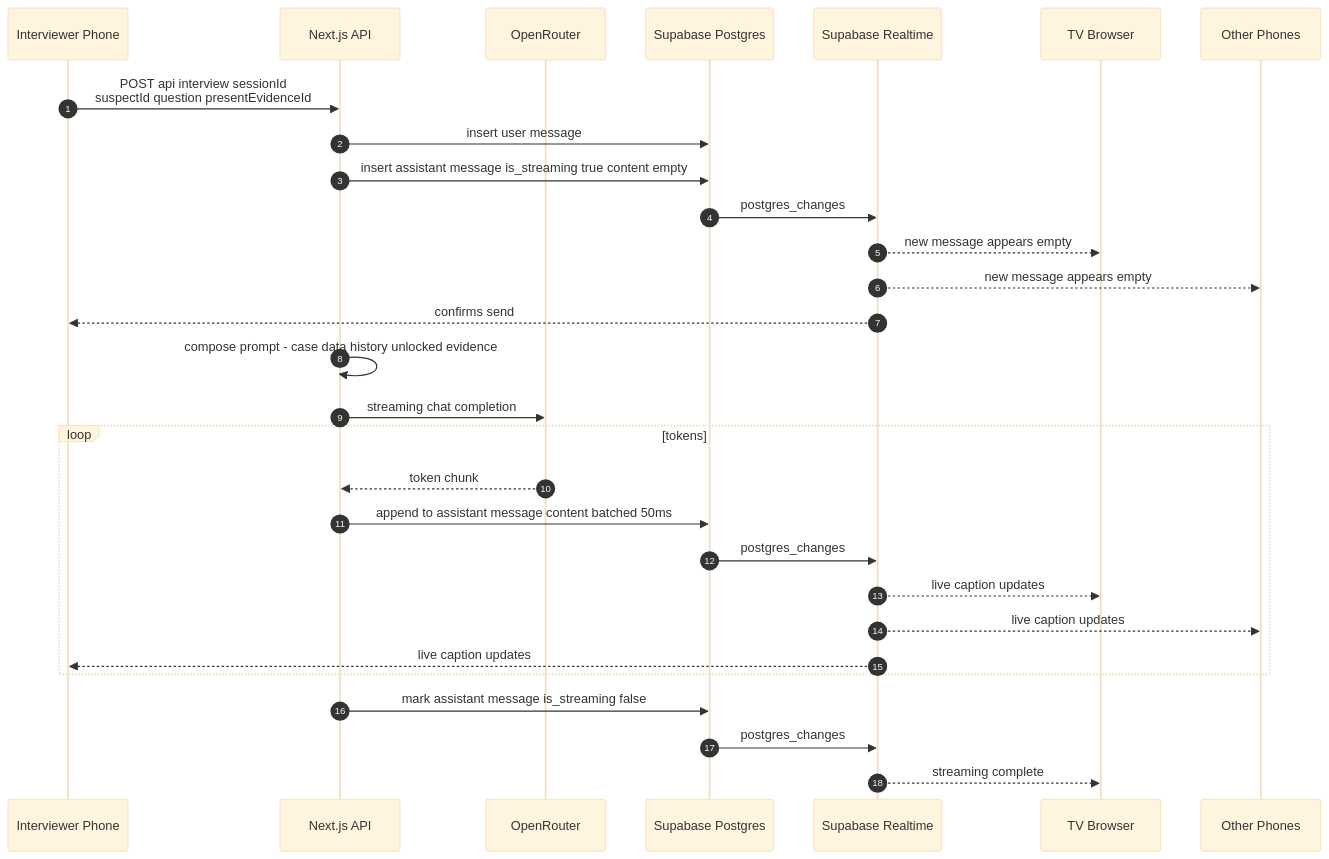
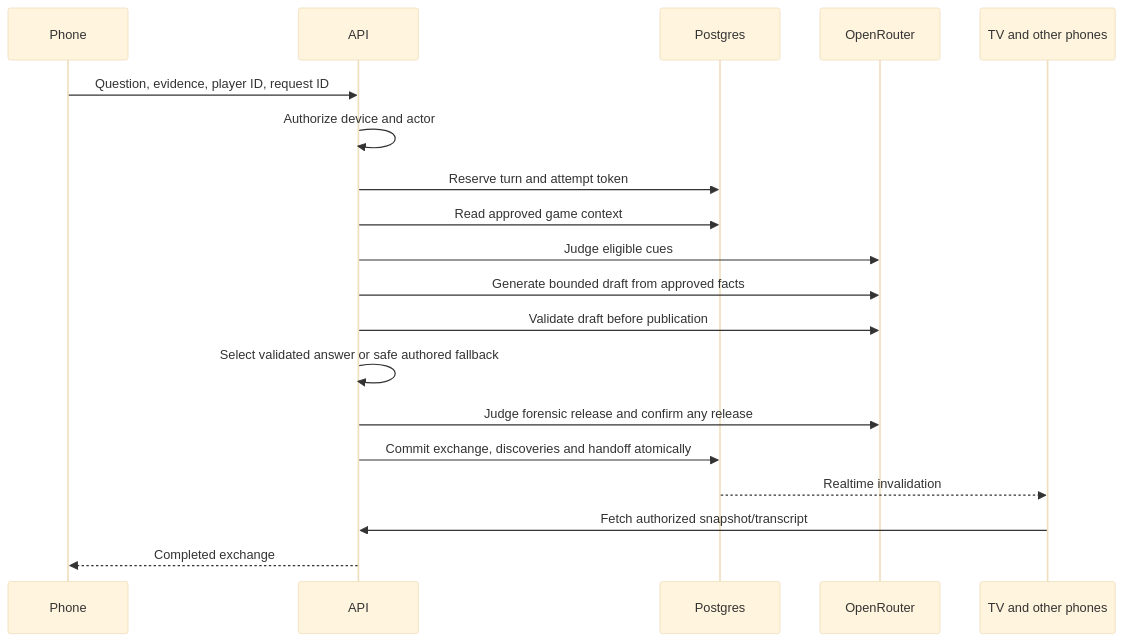
The second of 4 diagrams in docs/ARCHITECTURE.md (shashankraider/PartyGame), drawn with Mermaid (base theme) before and after one commit. The commit also changed other lines of this file and 164 other files, not shown here.

Commit message:
Complete gameplay visuals and secure saved-session recovery

````diff
--- a/docs/ARCHITECTURE.md
+++ b/docs/ARCHITECTURE.md
@@ -313,33 +75,21 @@
 ```mermaid
 sequenceDiagram
-    autonumber
-    participant Phone as Interviewer Phone
-    participant API as Next.js API
-    participant LLM as OpenRouter
-    participant DB as Supabase Postgres
-    participant RT as Supabase Realtime
-    participant TV as TV Browser
-    participant Other as Other Phones
-
-    Phone->>API: POST api interview sessionId<br/>suspectId question presentEvidenceId
-    API->>DB: insert user message
-    API->>DB: insert assistant message is_streaming true content empty
-    DB->>RT: postgres_changes
-    RT-->>TV: new message appears empty
-    RT-->>Other: new message appears empty
-    RT-->>Phone: confirms send
-
-    API->>API: compose prompt - case data history unlocked evidence
-    API->>LLM: streaming chat completion
-    loop tokens
-        LLM-->>API: token chunk
-        API->>DB: append to assistant message content batched 50ms
-        DB->>RT: postgres_changes
-        RT-->>TV: live caption updates
-        RT-->>Other: live caption updates
-        RT-->>Phone: live caption updates
-    end
-    API->>DB: mark assistant message is_streaming false
-    DB->>RT: postgres_changes
-    RT-->>TV: streaming complete
+  participant Phone
+  participant API
+  participant DB as Postgres
+  participant AI as OpenRouter
+  participant Screens as TV and other phones
+  Phone->>API: Question, evidence, player ID, request ID
+  API->>API: Authorize device and actor
+  API->>DB: Reserve turn and attempt token
+  API->>DB: Read approved game context
+  API->>AI: Judge eligible cues
+  API->>AI: Generate bounded draft from approved facts
+  API->>AI: Validate draft before publication
+  API->>API: Select validated answer or safe authored fallback
+  API->>AI: Judge forensic release and confirm any release
+  API->>DB: Commit exchange, discoveries and handoff atomically
+  DB-->>Screens: Realtime invalidation
+  Screens->>API: Fetch authorized snapshot/transcript
+  API-->>Phone: Completed exchange
 ```
````
